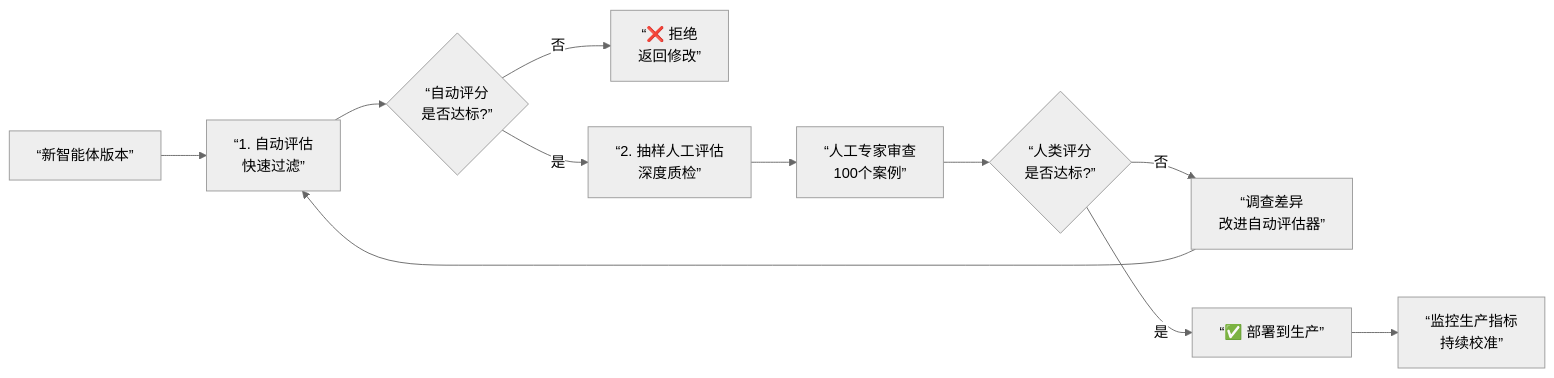
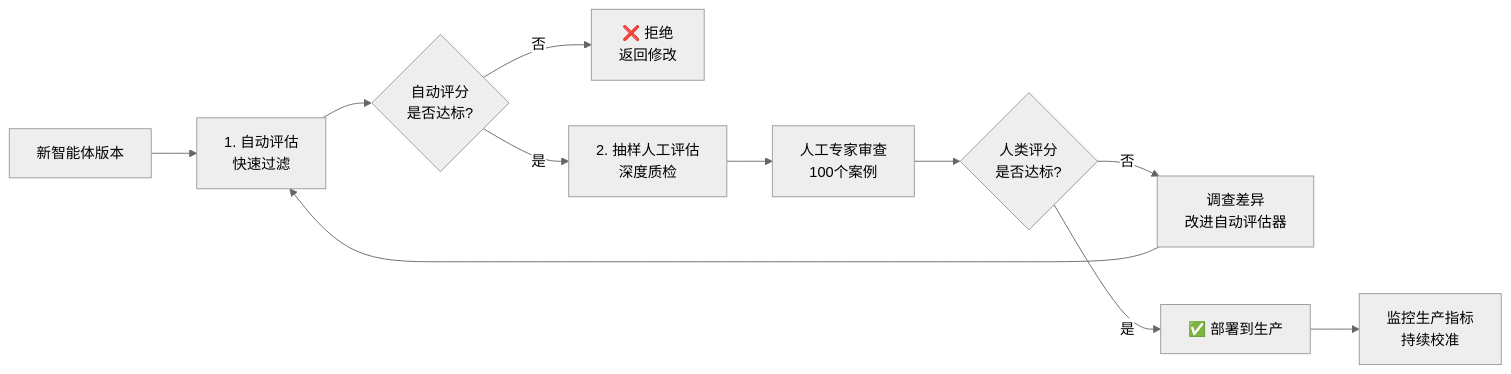
The second of 2 diagrams in 07_evolution/7.2_evaluation.md (yeasy/agentic_ai_guide), drawn with Mermaid (neutral theme) before and after one commit. The commit also changed other lines of this file and 1 other file, not shown here.

Commit message:
Fix Mermaid Chinese quotes to ASCII

````diff
--- a/07_evolution/7.2_evaluation.md
+++ b/07_evolution/7.2_evaluation.md
@@ -702,17 +705,17 @@
 ```mermaid
 graph LR
-    Input[“新智能体版本”] --> AutoEval[“1. 自动评估<br/>快速过滤”]
-    AutoEval --> PassAuto{“自动评分<br/>是否达标?”}
+    Input["新智能体版本"] --> AutoEval["1. 自动评估<br/>快速过滤"]
+    AutoEval --> PassAuto{"自动评分<br/>是否达标?"}
 
-    PassAuto -->|否| Reject[“❌ 拒绝<br/>返回修改”]
-    PassAuto -->|是| Sample[“2. 抽样人工评估<br/>深度质检”]
+    PassAuto -->|否| Reject["❌ 拒绝<br/>返回修改"]
+    PassAuto -->|是| Sample["2. 抽样人工评估<br/>深度质检"]
 
-    Sample --> HumanReview[“人工专家审查<br/>100个案例”]
-    HumanReview --> HumanScore{“人类评分<br/>是否达标?”}
+    Sample --> HumanReview["人工专家审查<br/>100个案例"]
+    HumanReview --> HumanScore{"人类评分<br/>是否达标?"}
 
-    HumanScore -->|否| Investigate[“调查差异<br/>改进自动评估器”]
-    HumanScore -->|是| Deploy[“✅ 部署到生产”]
+    HumanScore -->|否| Investigate["调查差异<br/>改进自动评估器"]
+    HumanScore -->|是| Deploy["✅ 部署到生产"]
 
     Investigate --> AutoEval
-    Deploy --> Monitor[“监控生产指标<br/>持续校准”]
+    Deploy --> Monitor["监控生产指标<br/>持续校准"]
 ```
````
